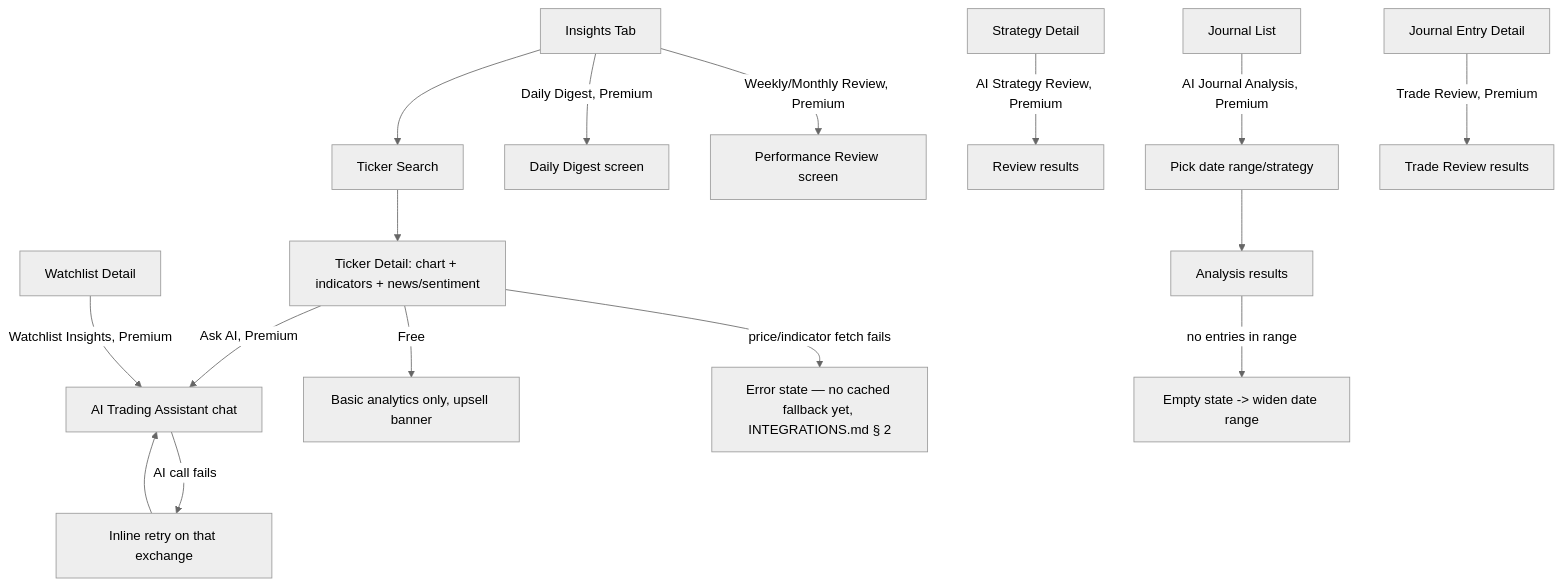
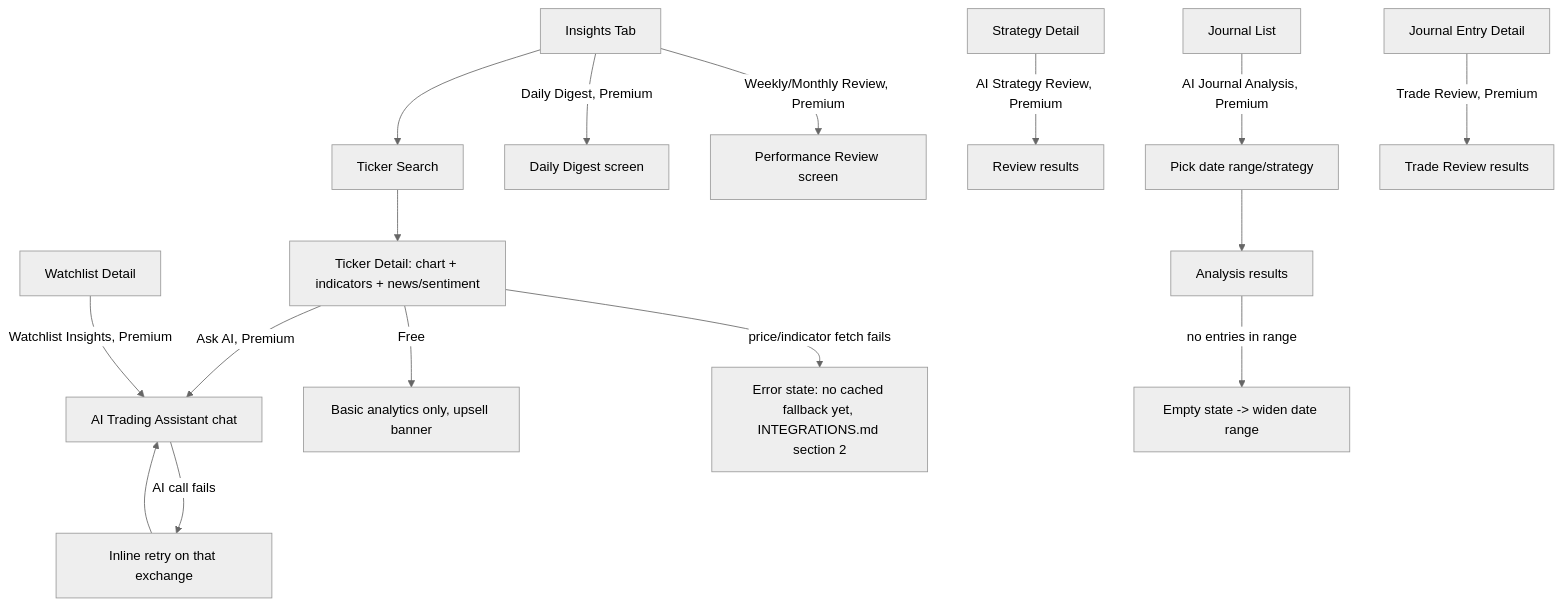
One commit to NK2552003/TradeX changed diagram 11 of 14 in docs_/03-design/SCREENS_AND_FLOWS.md. Above: the diagram before and after it, drawn with Mermaid (neutral theme). The commit also changed other lines of this file and 365 other files, not shown here.

````diff
--- a/docs_/03-design/SCREENS_AND_FLOWS.md
+++ b/docs_/03-design/SCREENS_AND_FLOWS.md
@@ -351,16 +350,16 @@
 ```mermaid
 flowchart TD
     A[Insights Tab] --> B[Ticker Search]
     B --> C[Ticker Detail: chart + indicators + news/sentiment]
     C -->|Ask AI, Premium| D[AI Trading Assistant chat]
     C -->|Free| E[Basic analytics only, upsell banner]
-    C -->|price/indicator fetch fails| C2[Error state — no cached fallback yet, INTEGRATIONS.md § 2]
+    C -->|price/indicator fetch fails| C2[Error state: no cached fallback yet, INTEGRATIONS.md section 2]
     A -->|Daily Digest, Premium| F[Daily Digest screen]
     A -->|Weekly/Monthly Review, Premium| Rv[Performance Review screen]
     G[Strategy Detail] -->|AI Strategy Review, Premium| H[Review results]
     I[Journal List] -->|AI Journal Analysis, Premium| J[Pick date range/strategy] --> K[Analysis results]
     K -->|no entries in range| K2[Empty state -> widen date range]
     L[Journal Entry Detail] -->|Trade Review, Premium| M[Trade Review results]
     N[Watchlist Detail] -->|Watchlist Insights, Premium| D
     D -->|AI call fails| D2[Inline retry on that exchange] --> D
 ```
````
